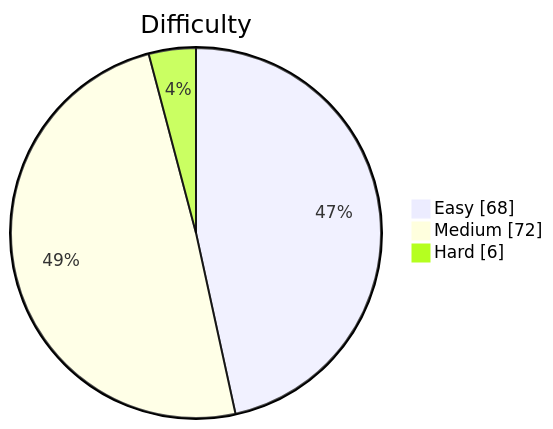
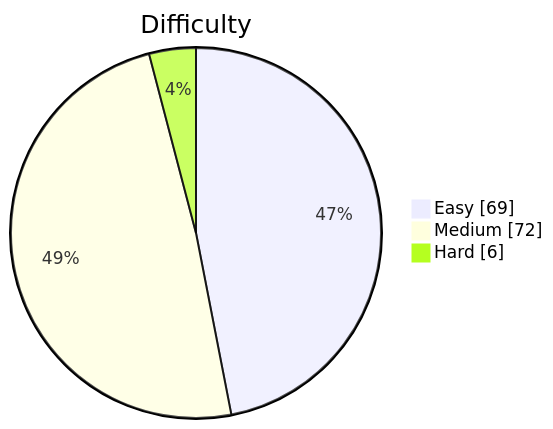
Before and after one commit to kevstevie/python-algo-practice: the diagram in README.md, drawn with Mermaid. The commit also changed other lines of this file, not shown here.

Commit message:
docs: update README stats (147 problems)

````diff
--- a/README.md
+++ b/README.md
@@ -13,7 +13,7 @@
 ```mermaid
 pie showData
     title Difficulty
-    "Easy"   : 68
+    "Easy"   : 69
     "Medium" : 72
     "Hard"   : 6
 ```
````
